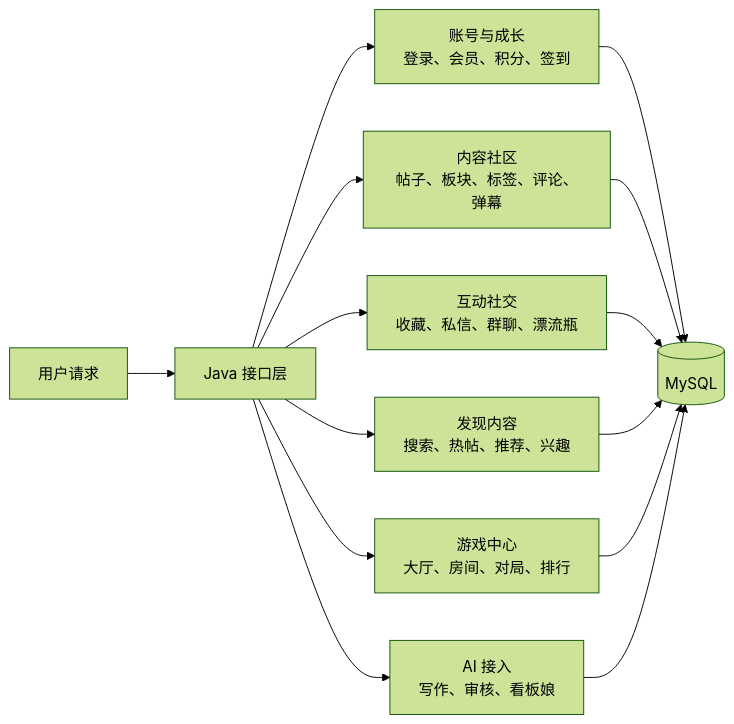
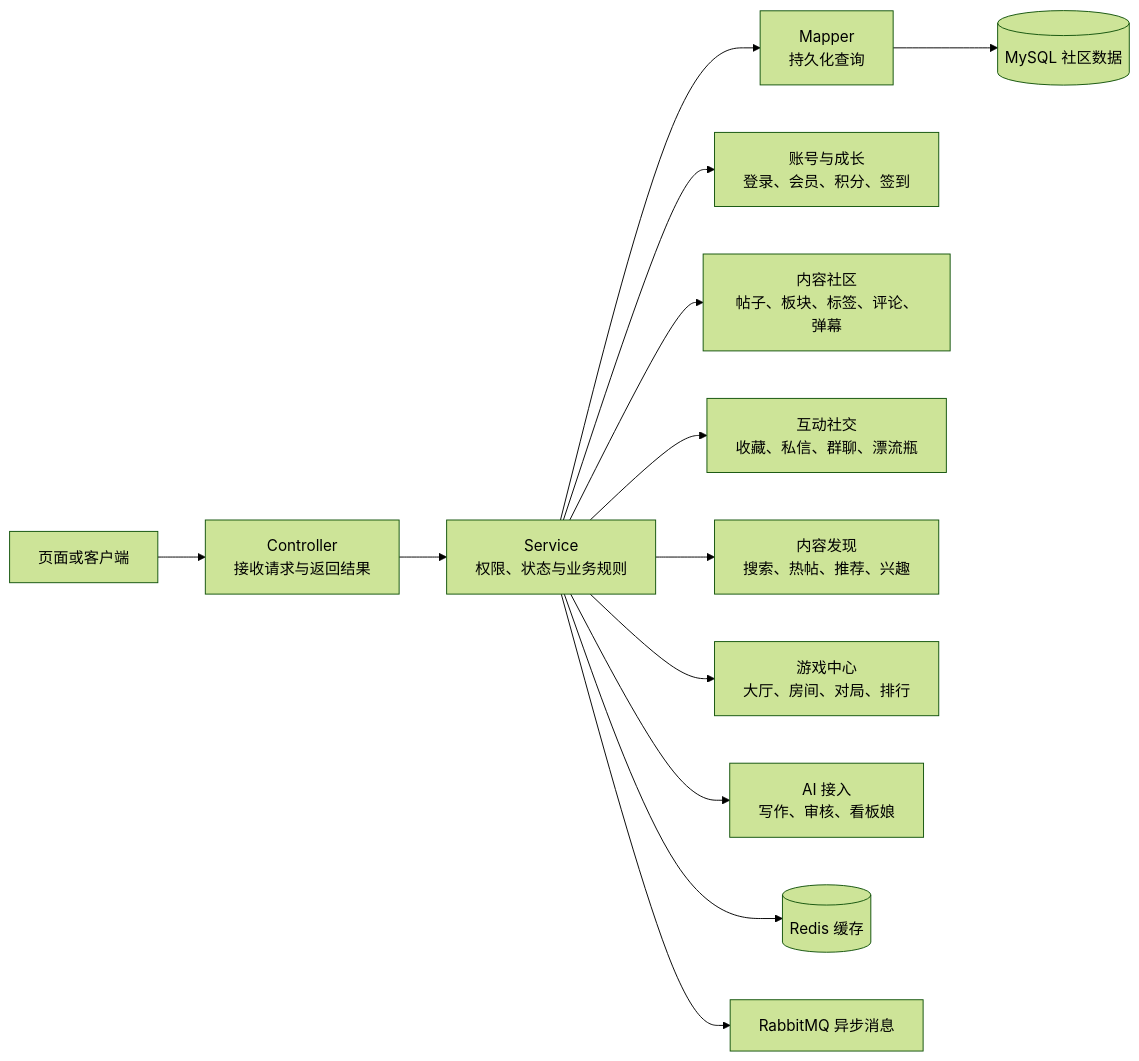
The second of 13 diagrams in README.md (pluchon/mengmeng_forum), drawn with Mermaid (forest theme) before and after one commit. The commit also changed other lines of this file, not shown here.

Commit message:
docs: 细化项目模块流程图

````diff
--- a/README.md
+++ b/README.md
@@ -47,16 +50,15 @@
 ```mermaid
 flowchart LR
-  U["用户请求"] --> API["Java 接口层"]
-  API --> USER["账号与成长\n登录、会员、积分、签到"]
-  API --> ARTICLE["内容社区\n帖子、板块、标签、评论、弹幕"]
-  API --> SOCIAL["互动社交\n收藏、私信、群聊、漂流瓶"]
-  API --> DISCOVER["发现内容\n搜索、热帖、推荐、兴趣"]
-  API --> GAME["游戏中心\n大厅、房间、对局、排行"]
-  API --> AI["AI 接入\n写作、审核、看板娘"]
-  USER --> DB[("MySQL")]
-  ARTICLE --> DB
-  SOCIAL --> DB
-  DISCOVER --> DB
-  GAME --> DB
-  AI --> DB
+  U["页面或客户端"] --> C["Controller<br/>接收请求与返回结果"]
+  C --> S["Service<br/>权限、状态与业务规则"]
+  S --> MP["Mapper<br/>持久化查询"]
+  MP --> DB[("MySQL 社区数据")]
+  S --> USER["账号与成长<br/>登录、会员、积分、签到"]
+  S --> ARTICLE["内容社区<br/>帖子、板块、标签、评论、弹幕"]
+  S --> SOCIAL["互动社交<br/>收藏、私信、群聊、漂流瓶"]
+  S --> DISCOVER["内容发现<br/>搜索、热帖、推荐、兴趣"]
+  S --> GAME["游戏中心<br/>大厅、房间、对局、排行"]
+  S --> AI["AI 接入<br/>写作、审核、看板娘"]
+  S --> R[("Redis 缓存")]
+  S --> MQ["RabbitMQ 异步消息"]
 ```
````
